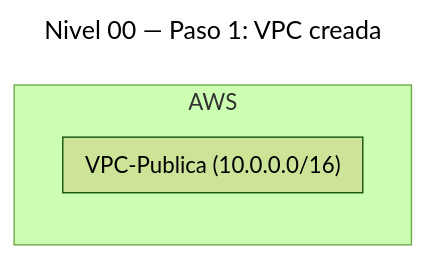
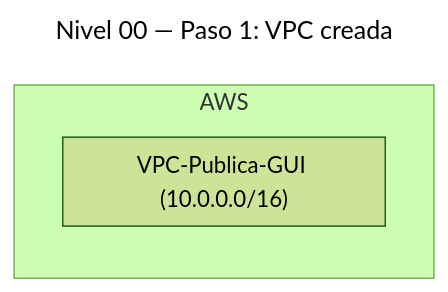
Before and after one commit to Marcos-SA-git/AWS-Certifications: the second of 8 diagrams in SAA-C03/es/Prácticas/🥉Fácil/Nivel-00.md, drawn with Mermaid (forest theme). The commit also changed other lines of this file, not shown here.

Commit message:
Better differentiation GUI-CLI

````diff
--- a/SAA-C03/es/Prácticas/🥉Fácil/Nivel-00.md
+++ b/SAA-C03/es/Prácticas/🥉Fácil/Nivel-00.md
@@ -62,10 +62,10 @@
 ```mermaid
 ---
 title: "Nivel 00 — Paso 1: VPC creada"
 ---
 graph BT
 subgraph AWS[AWS]
-  subgraph VPC["VPC-Publica (10.0.0.0/16)"]
+  subgraph VPC["VPC-Publica-GUI (10.0.0.0/16)"]
   end
 end
 ```
````
